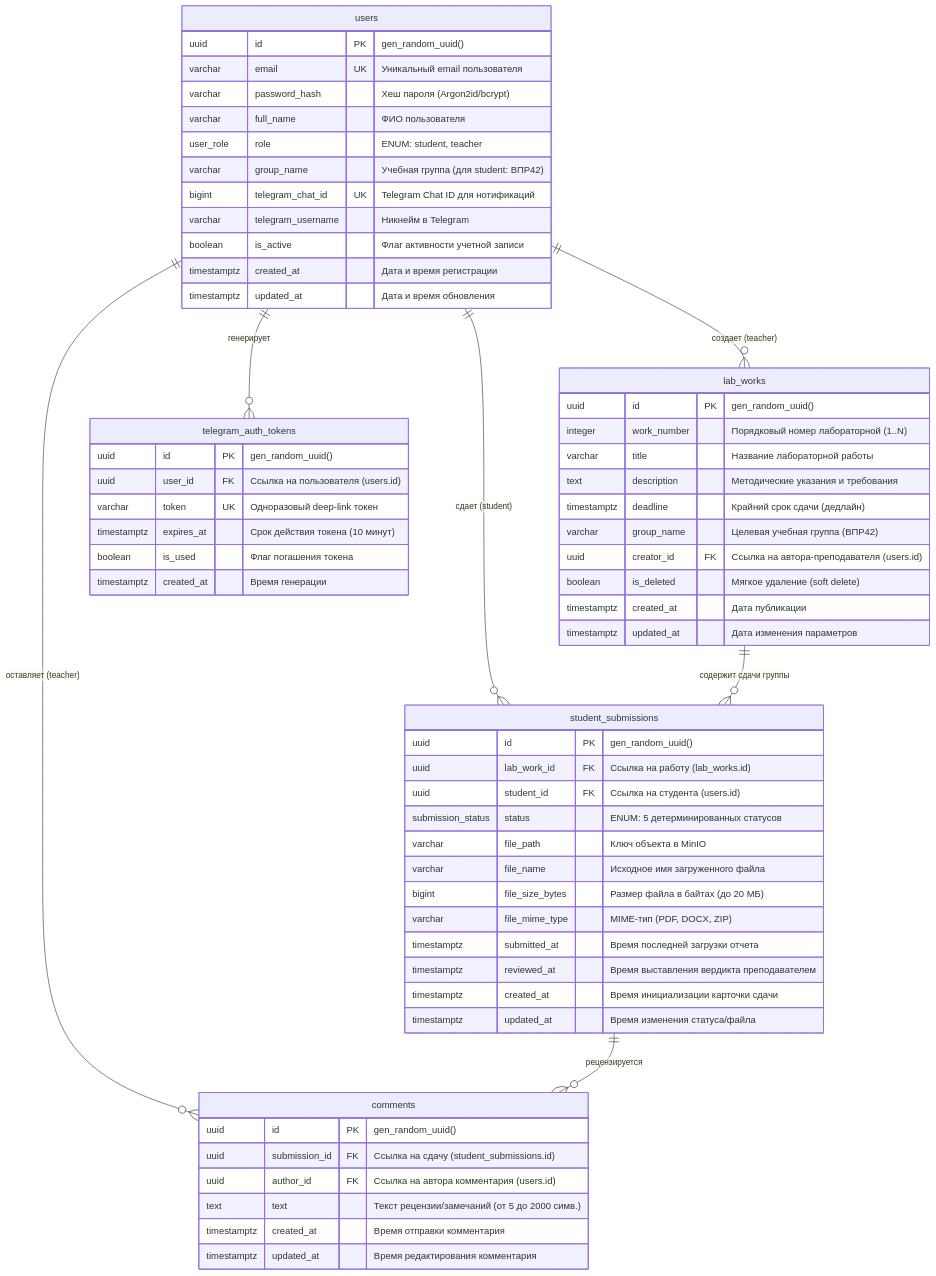
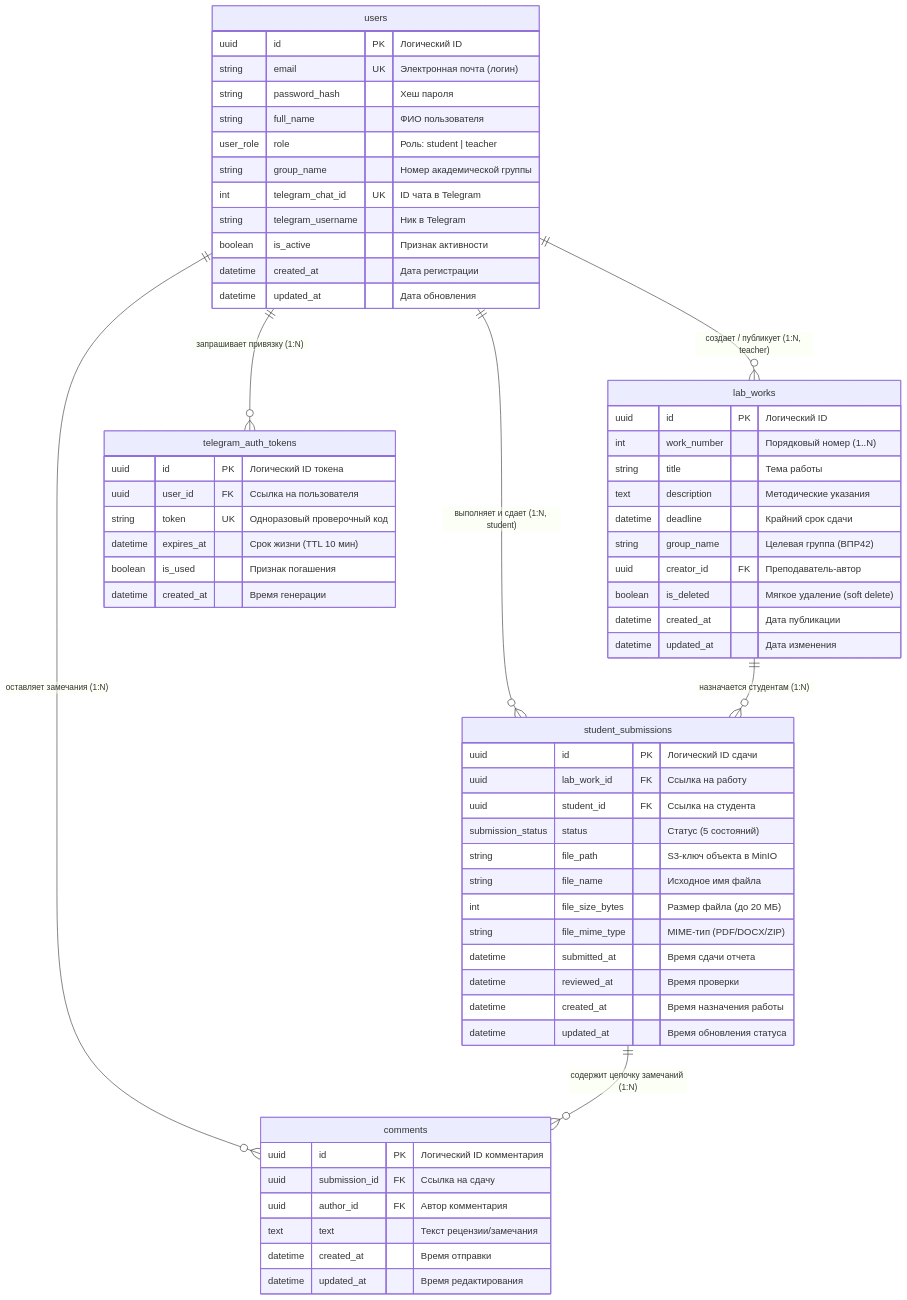
The diagram in docs/Схема базы данных (ERD).md (Denismelnikoww/Manage), drawn with Mermaid before and after one commit. The commit also changed other lines of this file, not shown here.

Commit message:
docs: переработать схему БД в аналитический стандарт (ERD + Словарь данных)

````diff
--- a/docs/Схема базы данных (ERD).md
+++ b/docs/Схема базы данных (ERD).md
@@ -29,69 +33,70 @@
 ```mermaid
 erDiagram
-    users ||--o{ lab_works : "создает (teacher)"
-    users ||--o{ student_submissions : "сдает (student)"
-    users ||--o{ comments : "оставляет (teacher)"
-    users ||--o{ telegram_auth_tokens : "генерирует"
-    lab_works ||--o{ student_submissions : "содержит сдачи группы"
-    student_submissions ||--o{ comments : "рецензируется"
+    users ||--o{ lab_works : "создает / публикует (1:N, teacher)"
+    users ||--o{ student_submissions : "выполняет и сдает (1:N, student)"
+    users ||--o{ comments : "оставляет замечания (1:N)"
+    users ||--o{ telegram_auth_tokens : "запрашивает привязку (1:N)"
+    
+    lab_works ||--o{ student_submissions : "назначается студентам (1:N)"
+    student_submissions ||--o{ comments : "содержит цепочку замечаний (1:N)"
 
     users {
-        uuid id PK "gen_random_uuid()"
-        varchar email UK "Уникальный email пользователя"
-        varchar password_hash "Хеш пароля (Argon2id/bcrypt)"
-        varchar full_name "ФИО пользователя"
-        user_role role "ENUM: student, teacher"
-        varchar group_name "Учебная группа (для student: ВПР42)"
-        bigint telegram_chat_id UK "Telegram Chat ID для нотификаций"
-        varchar telegram_username "Никнейм в Telegram"
-        boolean is_active "Флаг активности учетной записи"
-        timestamptz created_at "Дата и время регистрации"
-        timestamptz updated_at "Дата и время обновления"
+        uuid id PK "Логический ID"
+        string email UK "Электронная почта (логин)"
+        string password_hash "Хеш пароля"
+        string full_name "ФИО пользователя"
+        user_role role "Роль: student | teacher"
+        string group_name "Номер академической группы"
+        int telegram_chat_id UK "ID чата в Telegram"
+        string telegram_username "Ник в Telegram"
+        boolean is_active "Признак активности"
+        datetime created_at "Дата регистрации"
+        datetime updated_at "Дата обновления"
     }
 
     lab_works {
-        uuid id PK "gen_random_uuid()"
-        integer work_number "Порядковый номер лабораторной (1..N)"
-        varchar title "Название лабораторной работы"
-        text description "Методические указания и требования"
-        timestamptz deadline "Крайний срок сдачи (дедлайн)"
-        varchar group_name "Целевая учебная группа (ВПР42)"
-        uuid creator_id FK "Ссылка на автора-преподавателя (users.id)"
+        uuid id PK "Логический ID"
+        int work_number "Порядковый номер (1..N)"
+        string title "Тема работы"
+        text description "Методические указания"
+        datetime deadline "Крайний срок сдачи"
+        string group_name "Целевая группа (ВПР42)"
+        uuid creator_id FK "Преподаватель-автор"
         boolean is_deleted "Мягкое удаление (soft delete)"
-        timestamptz created_at "Дата публикации"
-        timestamptz updated_at "Дата изменения параметров"
+        datetime created_at "Дата публикации"
+        datetime updated_at "Дата изменения"
     }
 
     student_submissions {
-        uuid id PK "gen_random_uuid()"
-        uuid lab_work_id FK "Ссылка на работу (lab_works.id)"
-        uuid student_id FK "Ссылка на студента (users.id)"
-        submission_status status "ENUM: 5 детерминированных статусов"
-        varchar file_path "Ключ объекта в MinIO"
-        varchar file_name "Исходное имя загруженного файла"
-        bigint file_size_bytes "Размер файла в байтах (до 20 МБ)"
-        varchar file_mime_type "MIME-тип (PDF, DOCX, ZIP)"
-        timestamptz submitted_at "Время последней загрузки отчета"
-        timestamptz reviewed_at "Время выставления вердикта преподавателем"
-        timestamptz created_at "Время инициализации карточки сдачи"
-        timestamptz updated_at "Время изменения статуса/файла"
+        uuid id PK "Логический ID сдачи"
+        uuid lab_work_id FK "Ссылка на работу"
+        uuid student_id FK "Ссылка на студента"
+        submission_status status "Статус (5 состояний)"
+        string file_path "S3-ключ объекта в MinIO"
+        string file_name "Исходное имя файла"
+        int file_size_bytes "Размер файла (до 20 МБ)"
+        string file_mime_type "MIME-тип (PDF/DOCX/ZIP)"
+        datetime submitted_at "Время сдачи отчета"
+        datetime reviewed_at "Время проверки"
+        datetime created_at "Время назначения работы"
+        datetime updated_at "Время обновления статуса"
     }
 
     comments {
-        uuid id PK "gen_random_uuid()"
-        uuid submission_id FK "Ссылка на сдачу (student_submissions.id)"
-        uuid author_id FK "Ссылка на автора комментария (users.id)"
-        text text "Текст рецензии/замечаний (от 5 до 2000 симв.)"
-        timestamptz created_at "Время отправки комментария"
-        timestamptz updated_at "Время редактирования комментария"
+        uuid id PK "Логический ID комментария"
+        uuid submission_id FK "Ссылка на сдачу"
+        uuid author_id FK "Автор комментария"
+        text text "Текст рецензии/замечания"
+        datetime created_at "Время отправки"
+        datetime updated_at "Время редактирования"
     }
 
     telegram_auth_tokens {
-        uuid id PK "gen_random_uuid()"
-        uuid user_id FK "Ссылка на пользователя (users.id)"
-        varchar token UK "Одноразовый deep-link токен"
-        timestamptz expires_at "Срок действия токена (10 минут)"
-        boolean is_used "Флаг погашения токена"
-        timestamptz created_at "Время генерации"
+        uuid id PK "Логический ID токена"
+        uuid user_id FK "Ссылка на пользователя"
+        string token UK "Одноразовый проверочный код"
+        datetime expires_at "Срок жизни (TTL 10 мин)"
+        boolean is_used "Признак погашения"
+        datetime created_at "Время генерации"
     }
 ```
````
